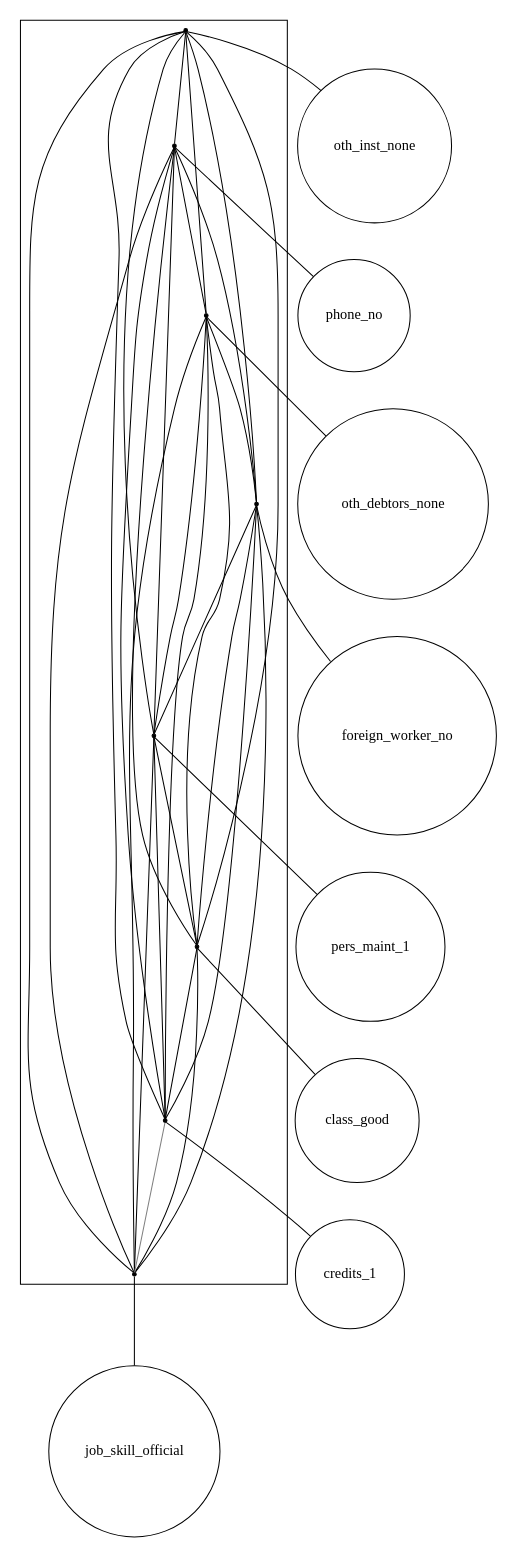
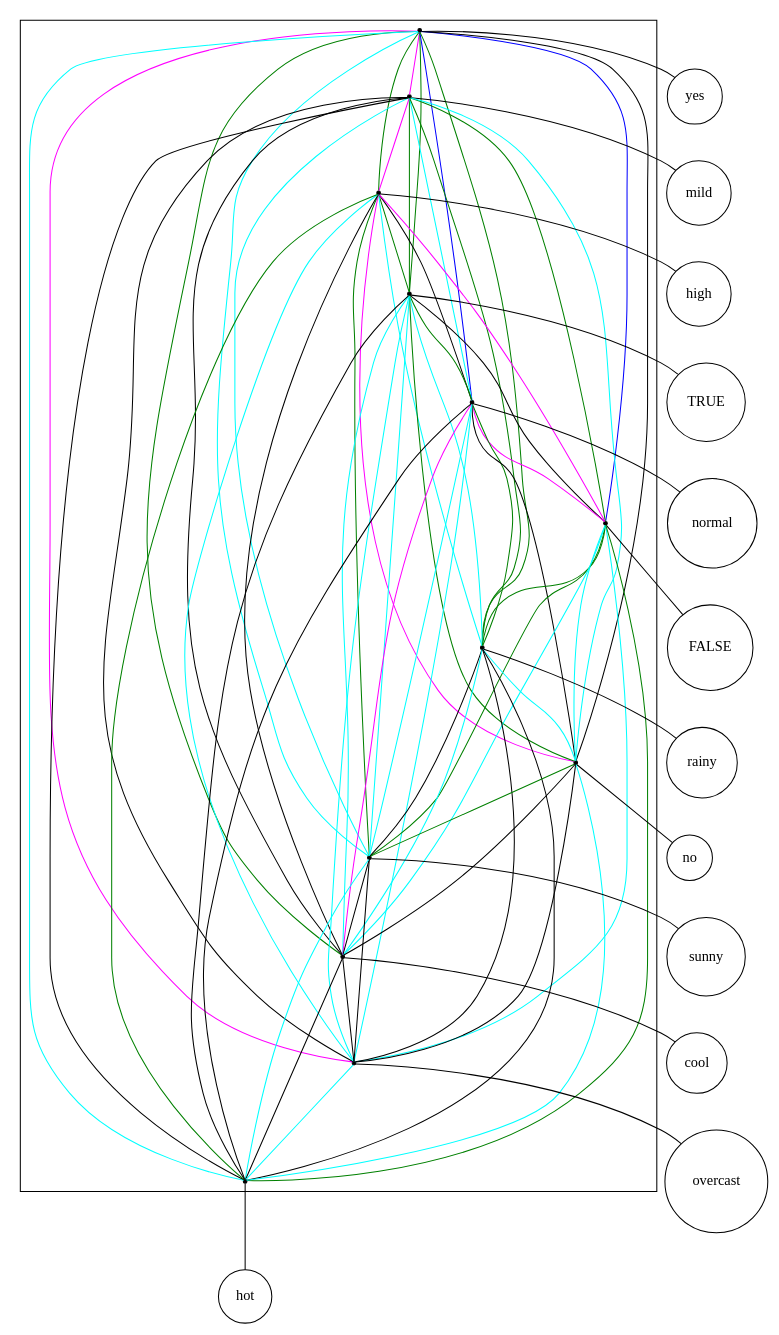
The diagram in src/final/linear_2-structure.dot (lrodrin/TFG), drawn with Graphviz before and after one commit. The commit also changed 3 other files, not shown here.

```diff
--- a/src/final/linear_2-structure.dot
+++ b/src/final/linear_2-structure.dot
@@ -1,55 +1,101 @@
 strict digraph "linear_2-structure" {
 compound=true;
 fontname=Verdana;
 fontsize=12;
 newrank=true;
 node [shape=circle];
-oth_inst_none;
-phone_no;
-oth_debtors_none;
-foreign_worker_no;
-pers_maint_1;
-class_good;
-credits_1;
-job_skill_official;
-subgraph cluster_class_goodjob_skill_officialforeign_worker_nopers_maint_1phone_nooth_inst_noneoth_debtors_nonecredits_1 {
+yes;
+mild;
+high;
+TRUE;
+normal;
+FALSE;
+rainy;
+no;
+sunny;
+cool;
+overcast;
+hot;
+subgraph cluster_hotFALSETRUEmildcoolrainynonormalyessunnyhighovercast {
 node [shape=point];
-s_oth_inst_none -> s_phone_no  [color=black, arrowhead=none];
-s_oth_inst_none -> s_oth_debtors_none  [color=black, arrowhead=none];
-s_oth_inst_none -> s_foreign_worker_no  [color=black, arrowhead=none];
-s_oth_inst_none -> s_pers_maint_1  [color=black, arrowhead=none];
-s_oth_inst_none -> s_class_good  [color=black, arrowhead=none];
-s_oth_inst_none -> s_credits_1  [color=black, arrowhead=none];
-s_oth_inst_none -> s_job_skill_official  [color=black, arrowhead=none];
-s_phone_no -> s_oth_debtors_none  [color=black, arrowhead=none];
-s_phone_no -> s_foreign_worker_no  [color=black, arrowhead=none];
-s_phone_no -> s_pers_maint_1  [color=black, arrowhead=none];
-s_phone_no -> s_class_good  [color=black, arrowhead=none];
-s_phone_no -> s_credits_1  [color=black, arrowhead=none];
-s_phone_no -> s_job_skill_official  [color=black, arrowhead=none];
-s_oth_debtors_none -> s_foreign_worker_no  [color=black, arrowhead=none];
-s_oth_debtors_none -> s_pers_maint_1  [color=black, arrowhead=none];
-s_oth_debtors_none -> s_class_good  [color=black, arrowhead=none];
-s_oth_debtors_none -> s_credits_1  [color=black, arrowhead=none];
-s_oth_debtors_none -> s_job_skill_official  [color=black, arrowhead=none];
-s_foreign_worker_no -> s_pers_maint_1  [color=black, arrowhead=none];
-s_foreign_worker_no -> s_class_good  [color=black, arrowhead=none];
-s_foreign_worker_no -> s_credits_1  [color=black, arrowhead=none];
-s_foreign_worker_no -> s_job_skill_official  [color=black, arrowhead=none];
-s_pers_maint_1 -> s_class_good  [color=black, arrowhead=none];
-s_pers_maint_1 -> s_credits_1  [color=black, arrowhead=none];
-s_pers_maint_1 -> s_job_skill_official  [color=black, arrowhead=none];
-s_class_good -> s_credits_1  [color=black, arrowhead=none];
-s_class_good -> s_job_skill_official  [color=black, arrowhead=none];
-s_credits_1 -> s_job_skill_official  [color=grey, arrowhead=none];
+s_yes -> s_mild  [color=magenta, arrowhead=none];
+s_yes -> s_high  [color=green, arrowhead=none];
+s_yes -> s_TRUE  [color=green, arrowhead=none];
+s_yes -> s_normal  [color=blue, arrowhead=none];
+s_yes -> s_FALSE  [color=blue, arrowhead=none];
+s_yes -> s_rainy  [color=green, arrowhead=none];
+s_yes -> s_no  [color=black, arrowhead=none];
+s_yes -> s_sunny  [color=cyan, arrowhead=none];
+s_yes -> s_cool  [color=green, arrowhead=none];
+s_yes -> s_overcast  [color=magenta, arrowhead=none];
+s_yes -> s_hot  [color=cyan, arrowhead=none];
+s_mild -> s_high  [color=magenta, arrowhead=none];
+s_mild -> s_TRUE  [color=green, arrowhead=none];
+s_mild -> s_normal  [color=cyan, arrowhead=none];
+s_mild -> s_FALSE  [color=green, arrowhead=none];
+s_mild -> s_rainy  [color=green, arrowhead=none];
+s_mild -> s_no  [color=cyan, arrowhead=none];
+s_mild -> s_sunny  [color=cyan, arrowhead=none];
+s_mild -> s_cool  [color=black, arrowhead=none];
+s_mild -> s_overcast  [color=black, arrowhead=none];
+s_mild -> s_hot  [color=black, arrowhead=none];
+s_high -> s_TRUE  [color=green, arrowhead=none];
+s_high -> s_normal  [color=black, arrowhead=none];
+s_high -> s_FALSE  [color=magenta, arrowhead=none];
+s_high -> s_rainy  [color=cyan, arrowhead=none];
+s_high -> s_no  [color=magenta, arrowhead=none];
+s_high -> s_sunny  [color=green, arrowhead=none];
+s_high -> s_cool  [color=black, arrowhead=none];
+s_high -> s_overcast  [color=cyan, arrowhead=none];
+s_high -> s_hot  [color=green, arrowhead=none];
+s_TRUE -> s_normal  [color=green, arrowhead=none];
+s_TRUE -> s_FALSE  [color=black, arrowhead=none];
+s_TRUE -> s_rainy  [color=cyan, arrowhead=none];
+s_TRUE -> s_no  [color=green, arrowhead=none];
+s_TRUE -> s_sunny  [color=cyan, arrowhead=none];
+s_TRUE -> s_cool  [color=cyan, arrowhead=none];
+s_TRUE -> s_overcast  [color=cyan, arrowhead=none];
+s_TRUE -> s_hot  [color=black, arrowhead=none];
+s_normal -> s_FALSE  [color=magenta, arrowhead=none];
+s_normal -> s_rainy  [color=green, arrowhead=none];
+s_normal -> s_no  [color=black, arrowhead=none];
+s_normal -> s_sunny  [color=cyan, arrowhead=none];
+s_normal -> s_cool  [color=magenta, arrowhead=none];
+s_normal -> s_overcast  [color=cyan, arrowhead=none];
+s_normal -> s_hot  [color=black, arrowhead=none];
+s_FALSE -> s_rainy  [color=green, arrowhead=none];
+s_FALSE -> s_no  [color=cyan, arrowhead=none];
+s_FALSE -> s_sunny  [color=green, arrowhead=none];
+s_FALSE -> s_cool  [color=cyan, arrowhead=none];
+s_FALSE -> s_overcast  [color=cyan, arrowhead=none];
+s_FALSE -> s_hot  [color=green, arrowhead=none];
+s_rainy -> s_no  [color=cyan, arrowhead=none];
+s_rainy -> s_sunny  [color=black, arrowhead=none];
+s_rainy -> s_cool  [color=cyan, arrowhead=none];
+s_rainy -> s_overcast  [color=black, arrowhead=none];
+s_rainy -> s_hot  [color=black, arrowhead=none];
+s_no -> s_sunny  [color=green, arrowhead=none];
+s_no -> s_cool  [color=black, arrowhead=none];
+s_no -> s_overcast  [color=black, arrowhead=none];
+s_no -> s_hot  [color=cyan, arrowhead=none];
+s_sunny -> s_cool  [color=black, arrowhead=none];
+s_sunny -> s_overcast  [color=black, arrowhead=none];
+s_sunny -> s_hot  [color=cyan, arrowhead=none];
+s_cool -> s_overcast  [color=black, arrowhead=none];
+s_cool -> s_hot  [color=black, arrowhead=none];
+s_overcast -> s_hot  [color=cyan, arrowhead=none];
 }
 
-s_oth_inst_none -> oth_inst_none  [arrowhead=none];
-s_phone_no -> phone_no  [arrowhead=none];
-s_oth_debtors_none -> oth_debtors_none  [arrowhead=none];
-s_foreign_worker_no -> foreign_worker_no  [arrowhead=none];
-s_pers_maint_1 -> pers_maint_1  [arrowhead=none];
-s_class_good -> class_good  [arrowhead=none];
-s_credits_1 -> credits_1  [arrowhead=none];
-s_job_skill_official -> job_skill_official  [arrowhead=none];
+s_yes -> yes  [arrowhead=none];
+s_mild -> mild  [arrowhead=none];
+s_high -> high  [arrowhead=none];
+s_TRUE -> TRUE  [arrowhead=none];
+s_normal -> normal  [arrowhead=none];
+s_FALSE -> FALSE  [arrowhead=none];
+s_rainy -> rainy  [arrowhead=none];
+s_no -> no  [arrowhead=none];
+s_sunny -> sunny  [arrowhead=none];
+s_cool -> cool  [arrowhead=none];
+s_overcast -> overcast  [arrowhead=none];
+s_hot -> hot  [arrowhead=none];
 }
```
